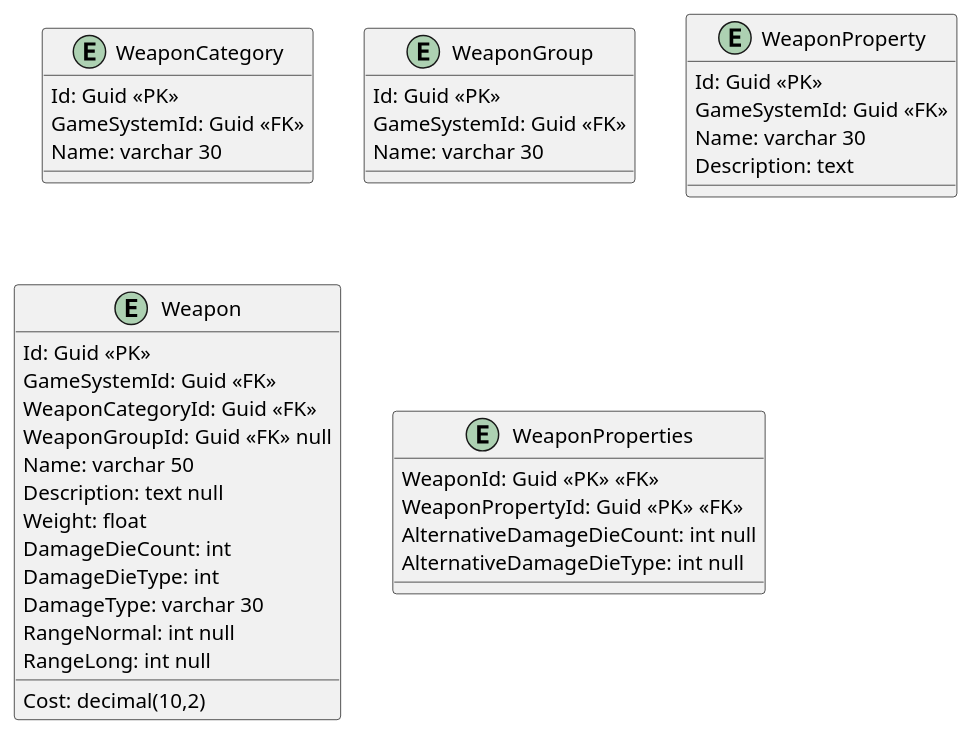
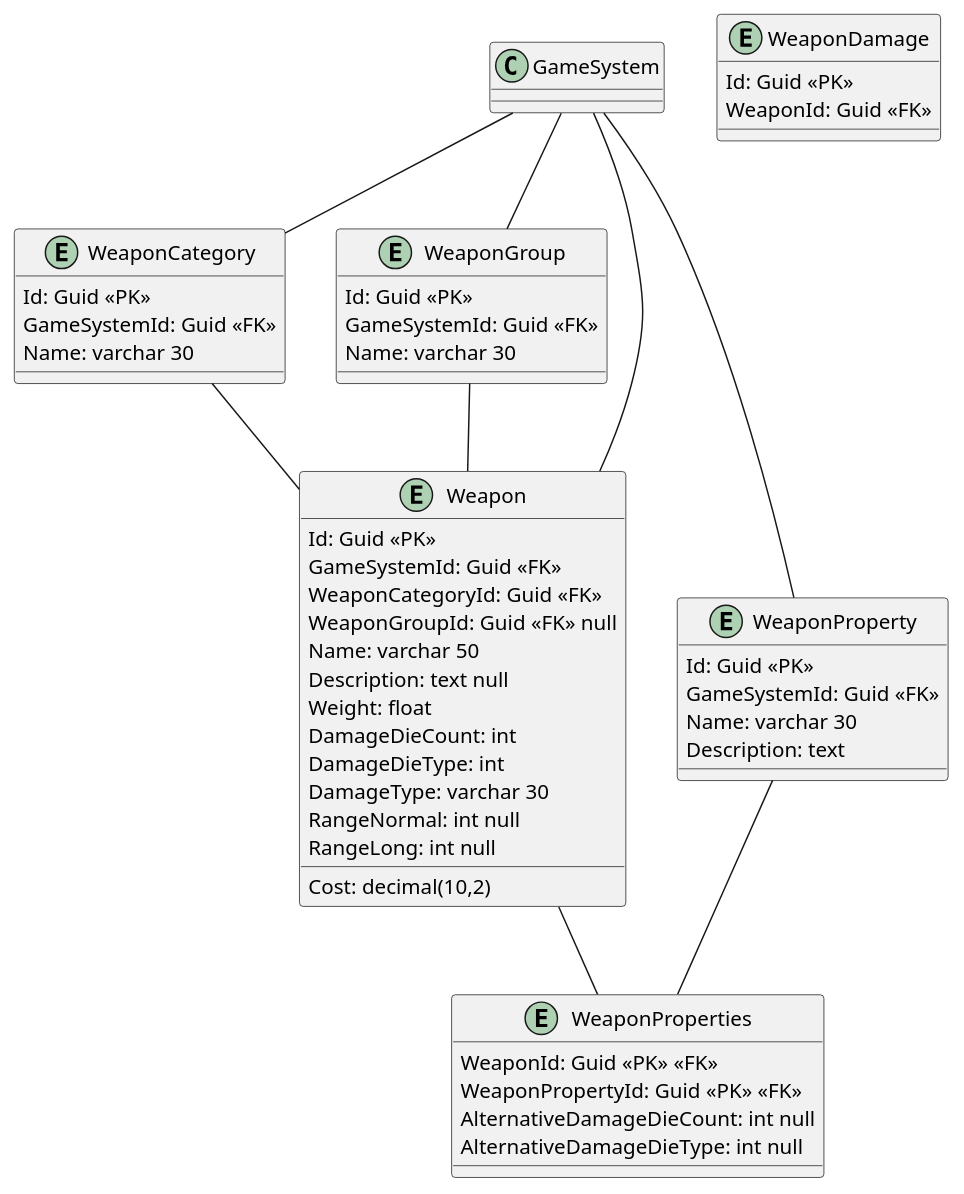
One commit to LucasZottis/RPGManager changed the diagram in Diagrams/Weapon_diagram.puml. Above: the diagram before and after it, drawn with PlantUML.

Commit message:
Add DamageType and WeaponDamage entities
Added entities for DamageType and WeaponDamage to the diagram.

```diff
--- a/Diagrams/Weapon_diagram.puml
+++ b/Diagrams/Weapon_diagram.puml
@@ -1,50 +1,71 @@
 @startuml Weapon
 entity WeaponCategory {
     Id: Guid <<PK>>
     GameSystemId: Guid <<FK>>
     Name: varchar 30
 }
 
 entity WeaponGroup {
     Id: Guid <<PK>>
     GameSystemId: Guid <<FK>>
     Name: varchar 30
 }
 
 entity WeaponProperty {
     Id: Guid <<PK>>
     GameSystemId: Guid <<FK>>
     Name: varchar 30
     Description: text
 }
 
 entity Weapon {
     Id: Guid <<PK>>
     GameSystemId: Guid <<FK>>
     WeaponCategoryId: Guid <<FK>>
     WeaponGroupId: Guid <<FK>> null
     Name: varchar 50
     Description: text null
     Cost: decimal(10,2)
     Weight: float
     DamageDieCount: int
     DamageDieType: int
     DamageType: varchar 30
     RangeNormal: int null
     RangeLong: int null
     ' IsFinesse: bit
     ' IsLight: bit
     ' IsHeavy: bit
     ' IsTwoHanded: bit
     ' IsVersatile: bit
     ' AlternativeDamageDieCount: int null
     ' AlternativeDamageDieType: int null
 }
 
+'entity DamageType {
+'    Id: Guid <<PK>>
+'    Name: varchar 30
+'}
+
+entity WeaponDamage {
+    Id: Guid <<PK>>
+    WeaponId: Guid <<FK>>
+}
+
 entity WeaponProperties {
     WeaponId: Guid <<PK>> <<FK>>
     WeaponPropertyId: Guid <<PK>> <<FK>>
     AlternativeDamageDieCount: int null
     AlternativeDamageDieType: int null
 }
+
+GameSystem -- WeaponCategory
+GameSystem -- WeaponGroup
+GameSystem -- Weapon
+GameSystem -- WeaponProperty
+
+WeaponCategory -- Weapon
+WeaponGroup -- Weapon
+
+Weapon -- WeaponProperties
+WeaponProperty -- WeaponProperties
 @enduml
```
